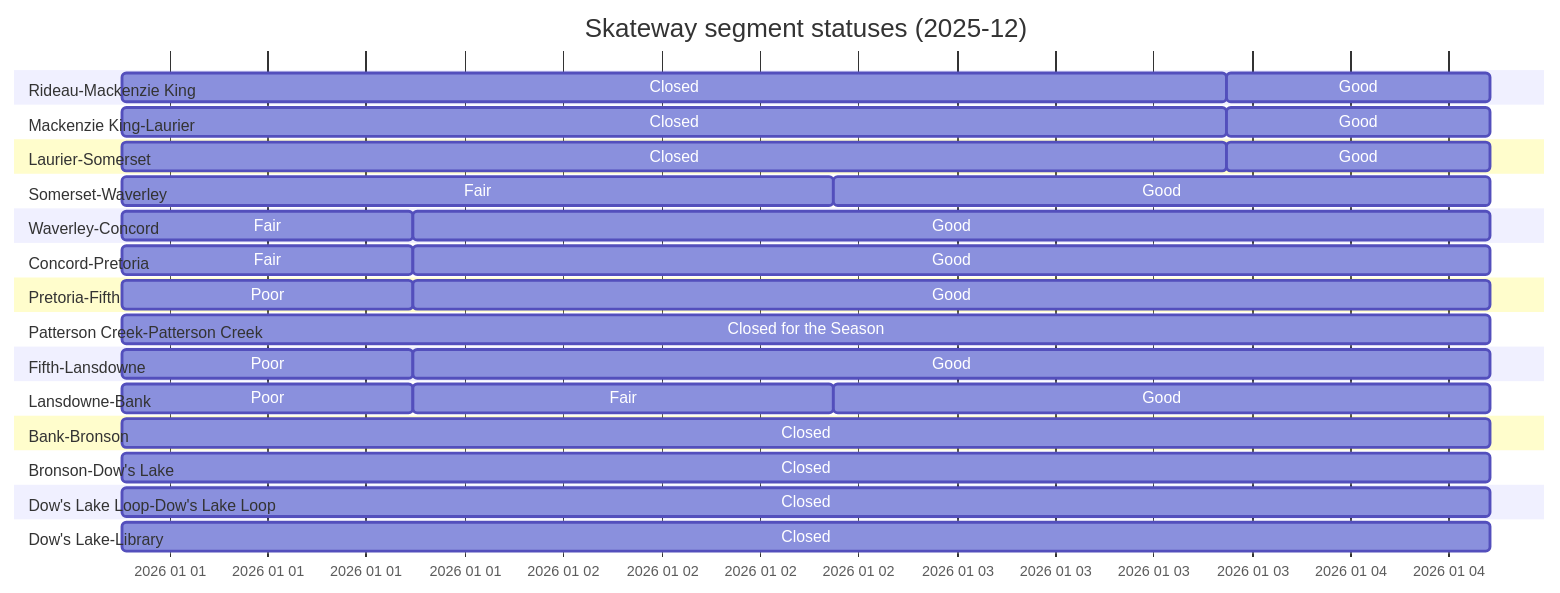
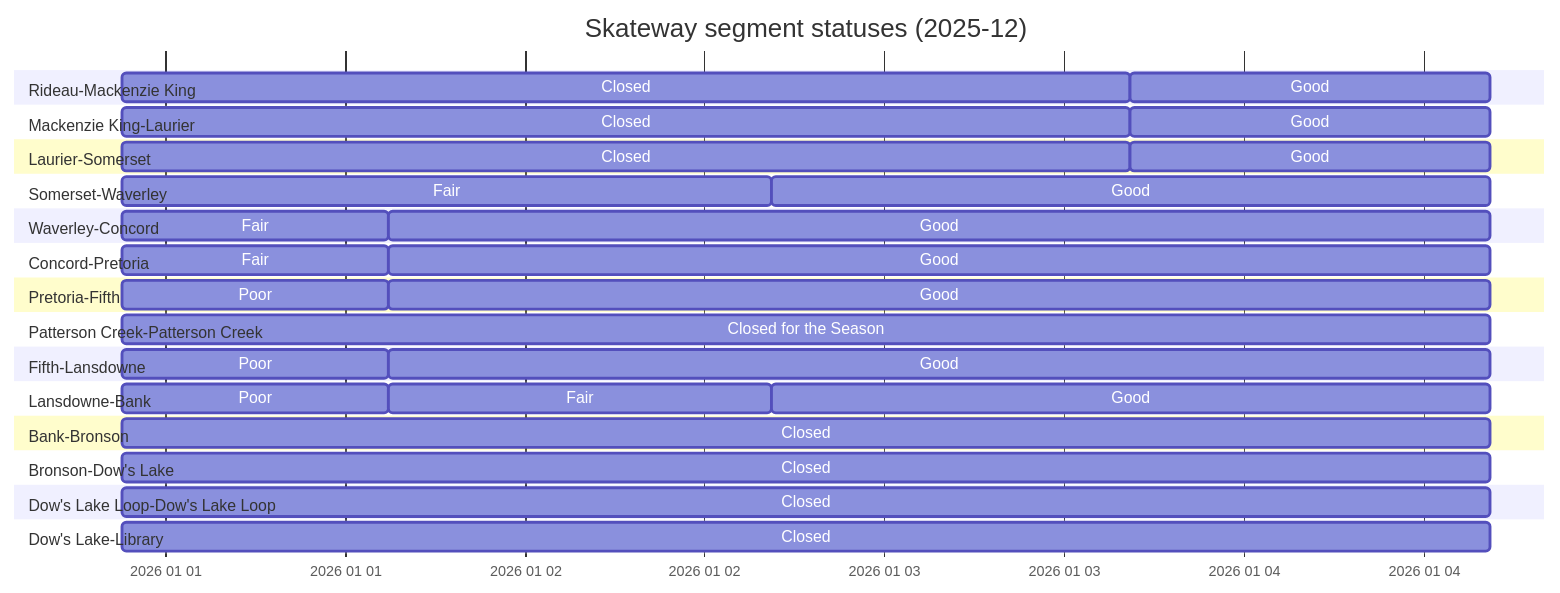
The diagram in gantt.md (PatLittle/skateway_data), drawn with Mermaid before and after one commit. The commit also changed 3 other files, not shown here.

````diff
--- a/gantt.md
+++ b/gantt.md
@@ -2,54 +2,54 @@
 ```mermaid
 ---
 topAxis: true
 displayMode: compact
 config:
   themeCSS: " #vg { fill: Green } #g {fill: yellow} #f {fill: orange} #p {fill: red}      \n
 #c {fill: Black} #cs {fill: Black} #sc {fill: White} #wo {fill: saddlebrown} \n
             text[id^=cs] { fill: red; } text[id^=sc] { fill: red; }
         "
 ---
 
 gantt
   title Skateway segment statuses (2025-12)
   dateFormat  YYYY-MM-DD HH:mm:ss
   axisFormat  %Y %m %d
   section Rideau-Mackenzie King
   Closed: c, 2025-12-31 21:07:33, 2026-01-03 16:27:35
-  Good: g, 2026-01-03 16:27:35, 2026-01-04 08:30:23
+  Good: g, 2026-01-03 16:27:35, 2026-01-04 16:26:52
   section Mackenzie King-Laurier
   Closed: c, 2025-12-31 21:07:33, 2026-01-03 16:27:35
-  Good: g, 2026-01-03 16:27:35, 2026-01-04 08:30:23
+  Good: g, 2026-01-03 16:27:35, 2026-01-04 16:26:52
   section Laurier-Somerset
   Closed: c, 2025-12-31 21:07:33, 2026-01-03 16:27:35
-  Good: g, 2026-01-03 16:27:35, 2026-01-04 08:30:23
+  Good: g, 2026-01-03 16:27:35, 2026-01-04 16:26:52
   section Somerset-Waverley
   Fair: f, 2025-12-31 21:07:33, 2026-01-02 16:28:08
-  Good: g, 2026-01-02 16:28:08, 2026-01-04 08:30:23
+  Good: g, 2026-01-02 16:28:08, 2026-01-04 16:26:52
   section Waverley-Concord
   Fair: f, 2025-12-31 21:07:33, 2026-01-01 14:52:27
-  Good: g, 2026-01-01 14:52:27, 2026-01-04 08:30:23
+  Good: g, 2026-01-01 14:52:27, 2026-01-04 16:26:52
   section Concord-Pretoria
   Fair: f, 2025-12-31 21:07:33, 2026-01-01 14:52:27
-  Good: g, 2026-01-01 14:52:27, 2026-01-04 08:30:23
+  Good: g, 2026-01-01 14:52:27, 2026-01-04 16:26:52
   section Pretoria-Fifth
   Poor: p, 2025-12-31 21:07:33, 2026-01-01 14:52:27
-  Good: g, 2026-01-01 14:52:27, 2026-01-04 08:30:23
+  Good: g, 2026-01-01 14:52:27, 2026-01-04 16:26:52
   section Patterson Creek-Patterson Creek
-  Closed for the Season: cs, 2025-12-31 21:07:33, 2026-01-04 08:30:23
+  Closed for the Season: cs, 2025-12-31 21:07:33, 2026-01-04 16:26:52
   section Fifth-Lansdowne
   Poor: p, 2025-12-31 21:07:33, 2026-01-01 14:52:27
-  Good: g, 2026-01-01 14:52:27, 2026-01-04 08:30:23
+  Good: g, 2026-01-01 14:52:27, 2026-01-04 16:26:52
   section Lansdowne-Bank
   Poor: p, 2025-12-31 21:07:33, 2026-01-01 14:52:27
   Fair: f, 2026-01-01 14:52:27, 2026-01-02 16:28:08
-  Good: g, 2026-01-02 16:28:08, 2026-01-04 08:30:23
+  Good: g, 2026-01-02 16:28:08, 2026-01-04 16:26:52
   section Bank-Bronson
-  Closed: c, 2025-12-31 21:07:33, 2026-01-04 08:30:23
+  Closed: c, 2025-12-31 21:07:33, 2026-01-04 16:26:52
   section Bronson-Dow's Lake
-  Closed: c, 2025-12-31 21:07:33, 2026-01-04 08:30:23
+  Closed: c, 2025-12-31 21:07:33, 2026-01-04 16:26:52
   section Dow's Lake Loop-Dow's Lake Loop
-  Closed: c, 2025-12-31 21:07:33, 2026-01-04 08:30:23
+  Closed: c, 2025-12-31 21:07:33, 2026-01-04 16:26:52
   section Dow's Lake-Library
-  Closed: c, 2025-12-31 21:07:33, 2026-01-04 08:30:23
+  Closed: c, 2025-12-31 21:07:33, 2026-01-04 16:26:52
 ```
````
